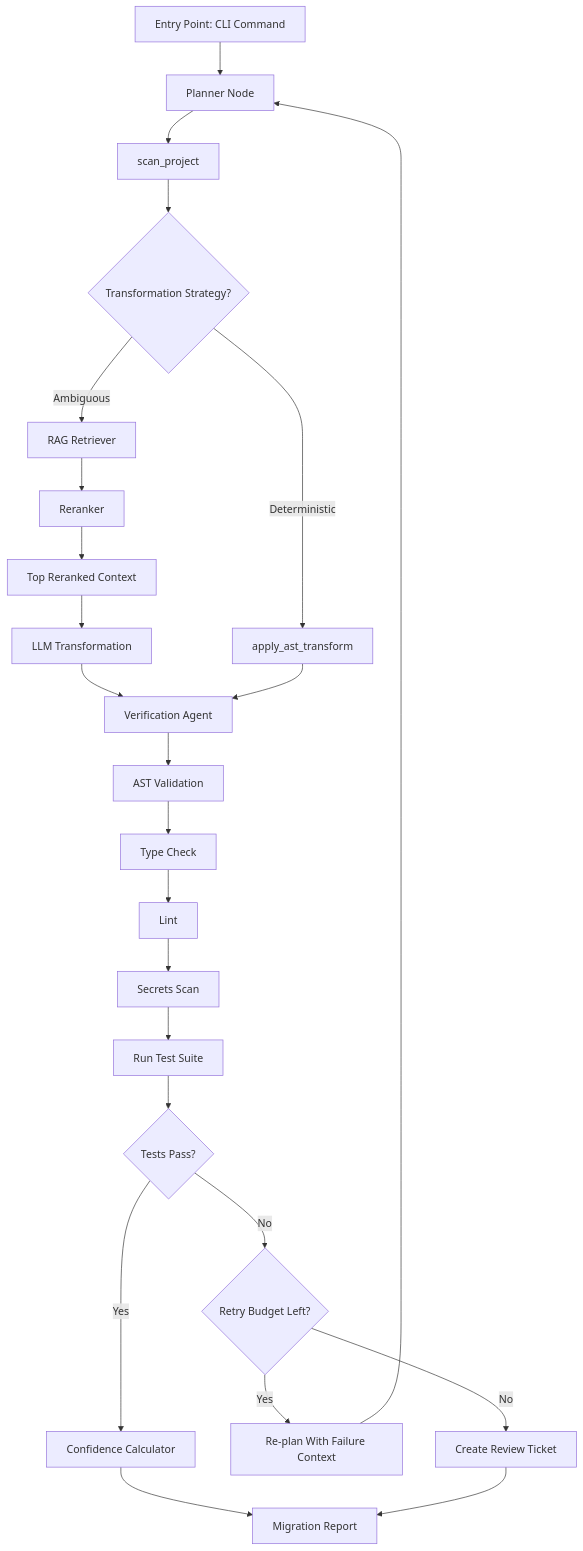
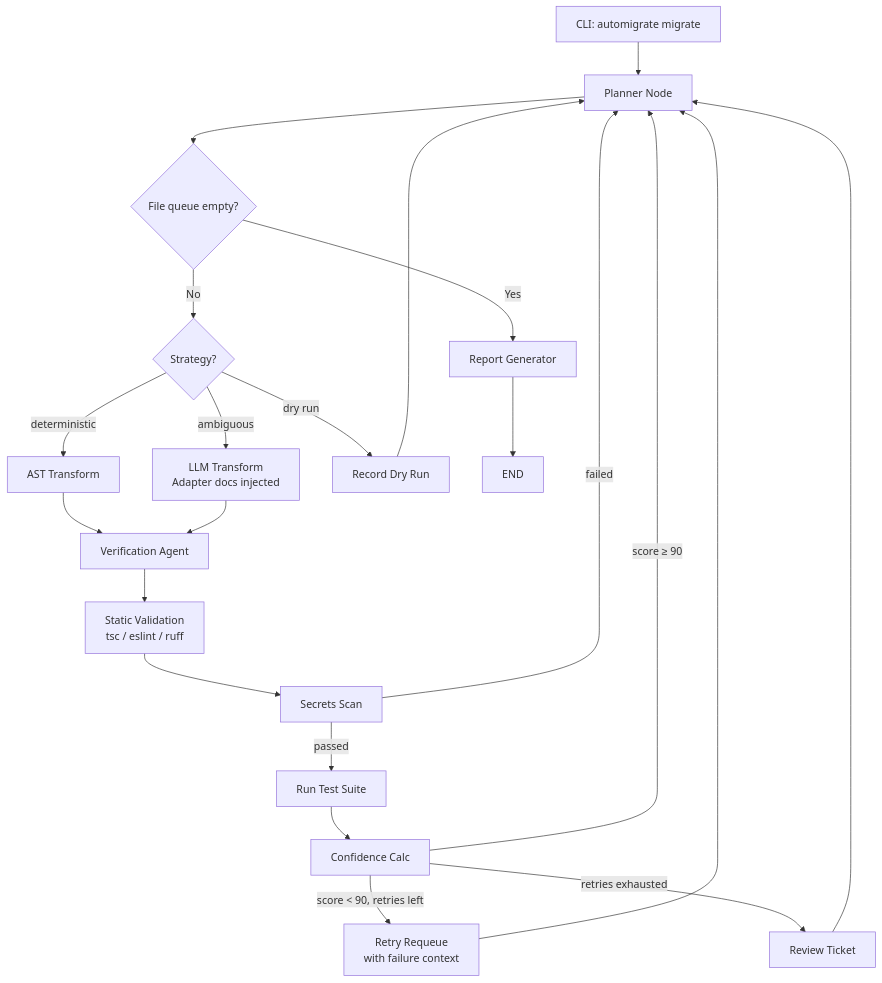
The diagram in README.md (Mihir205/Reforge), drawn with Mermaid before and after one commit. The commit also changed other lines of this file, not shown here.

Commit message:
docs: complete README rewrite — current state, working features, future roadmap

````diff
--- a/README.md
+++ b/README.md
@@ -127,26 +207,24 @@
 ```mermaid
 flowchart TD
-    A[Entry Point: CLI Command] --> B[Planner Node]
-    B --> C[scan_project]
-    C --> D{Transformation Strategy?}
-    D -->|Deterministic| E[apply_ast_transform]
-    D -->|Ambiguous| F[RAG Retriever]
-    F --> F2[Reranker]
-    F2 --> G[Top Reranked Context]
-    G --> H[LLM Transformation]
-    H --> I[Verification Agent]
-    E --> I
-    I --> J[AST Validation]
-    J --> K[Type Check]
-    K --> L[Lint]
-    L --> S1[Secrets Scan]
-    S1 --> M[Run Test Suite]
-    M --> N{Tests Pass?}
-    N -->|Yes| O[Confidence Calculator]
-    O --> P[Migration Report]
-    N -->|No| Q{Retry Budget Left?}
-    Q -->|Yes| R[Re-plan With Failure Context]
-    R --> B
-    Q -->|No| Tk[Create Review Ticket]
-    Tk --> P
+    A[CLI: automigrate migrate] --> B[Planner Node]
+    B --> C{File queue empty?}
+    C -->|Yes| R[Report Generator]
+    C -->|No| D{Strategy?}
+    D -->|deterministic| E[AST Transform]
+    D -->|ambiguous| F[LLM Transform\nAdapter docs injected]
+    D -->|dry run| G[Record Dry Run]
+    E --> H[Verification Agent]
+    F --> H
+    H --> I[Static Validation\ntsc / eslint / ruff]
+    I --> J[Secrets Scan]
+    J -->|passed| K[Run Test Suite]
+    J -->|failed| B
+    K --> L[Confidence Calc]
+    L -->|score ≥ 90| B
+    L -->|score < 90, retries left| M[Retry Requeue\nwith failure context]
+    M --> B
+    L -->|retries exhausted| N[Review Ticket]
+    N --> B
+    G --> B
+    R --> Z[END]
 ```
````
